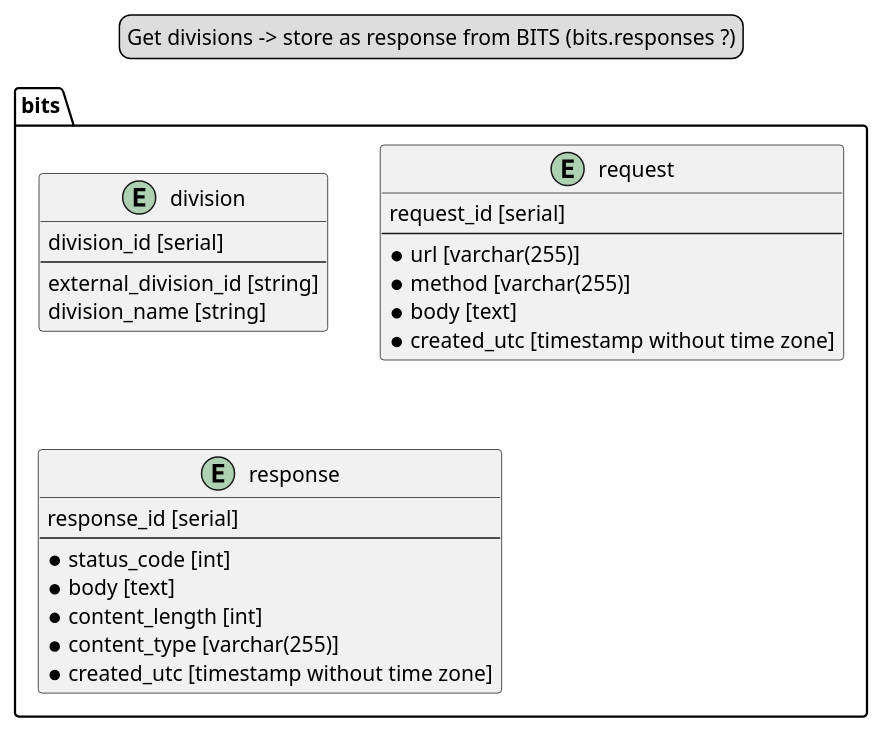
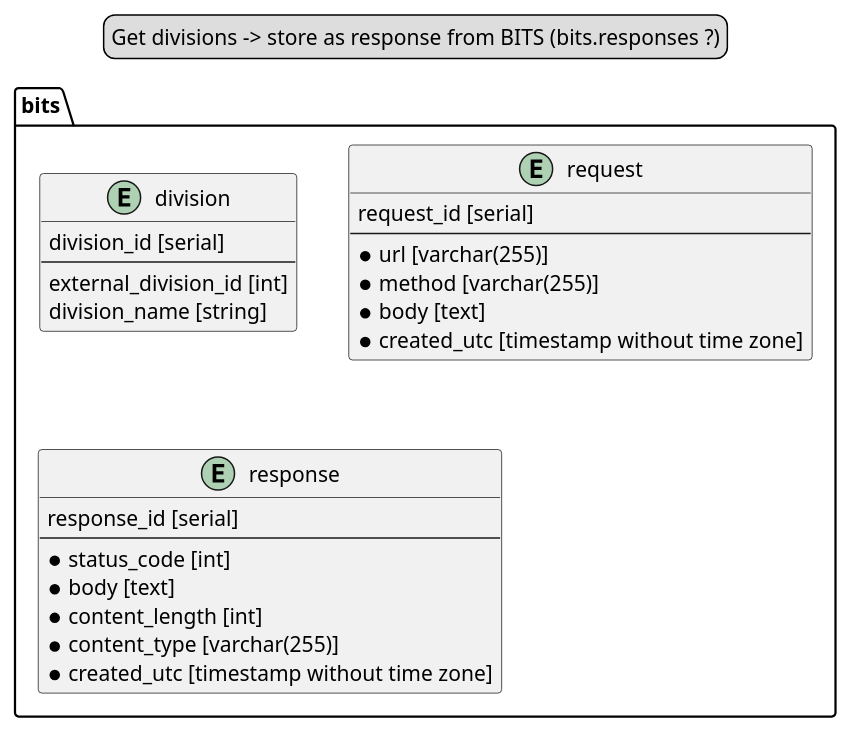
One commit to dlidstrom/Snittlistan changed the diagram in SportBowling/Tool/Database.plantuml. Above: the diagram before and after it, drawn with PlantUML. The commit also changed 5 other files, not shown here.

```diff
--- a/SportBowling/Tool/Database.plantuml
+++ b/SportBowling/Tool/Database.plantuml
@@ -1,35 +1,35 @@
 @startuml Database
 
 legend top
 Get divisions -> store as response from BITS (bits.responses ?)
 end legend
 
 package bits {
     entity division {
         division_id [serial]
         --
-        external_division_id [string]
+        external_division_id [int]
         division_name [string]
     }
 
     entity request {
         request_id [serial]
         --
         * url [varchar(255)]
         * method [varchar(255)]
         * body [text]
         * created_utc [timestamp without time zone]
     }
 
     entity response {
         response_id [serial]
         --
         * status_code [int]
         * body [text]
         * content_length [int]
         * content_type [varchar(255)]
         * created_utc [timestamp without time zone]
     }
 }
 
 @enduml
```
